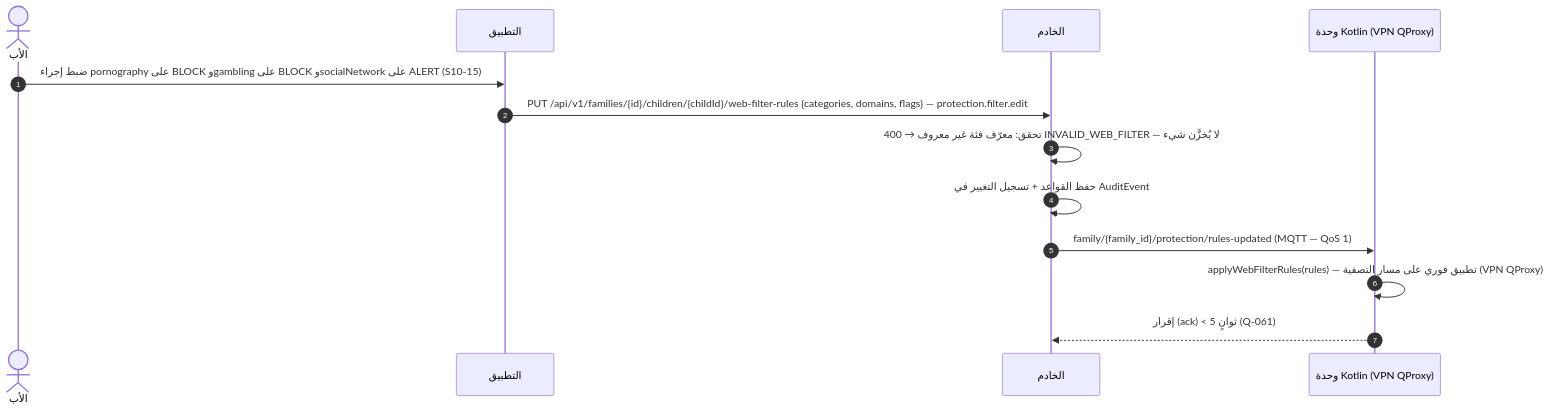
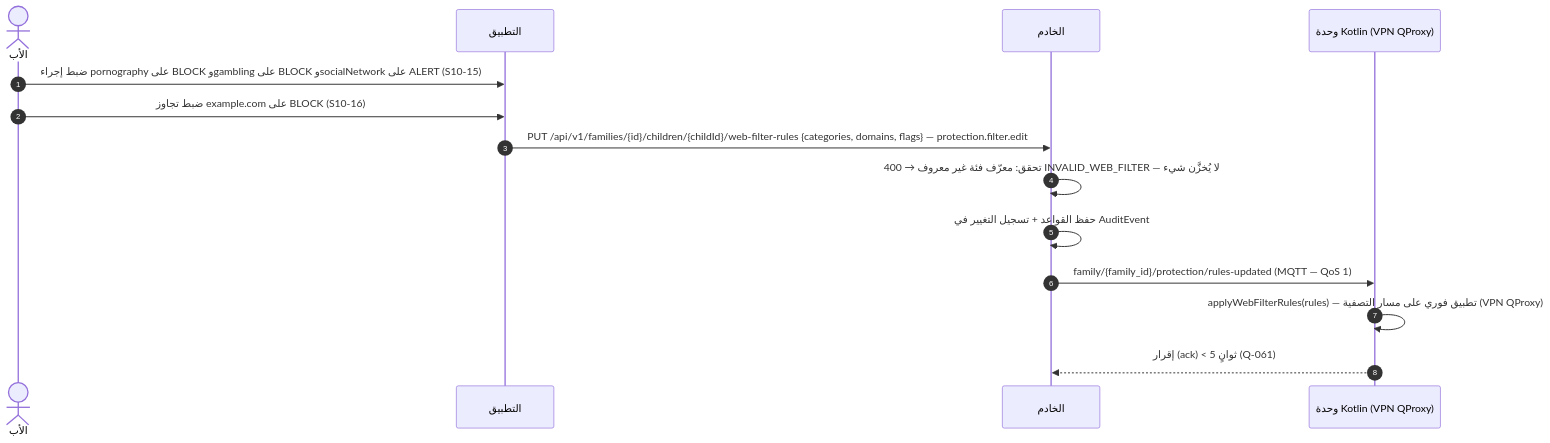
Diagram 12 of 15 in docs/family-os/governance/phases/phase-1/S1-10-protection-and-enforcement/DIAGRAMS.md (Bassam-mohammed-alqaeadi/family-os-v2), drawn with Mermaid before and after one commit. The commit also changed other lines of this file, not shown here.

Commit message:
S1-10 DIAGRAMS: إضافة معرّف الشاشة S10-16 بنمط S10-15 (Q343-01)

````diff
--- a/docs/family-os/governance/phases/phase-1/S1-10-protection-and-enforcement/DIAGRAMS.md
+++ b/docs/family-os/governance/phases/phase-1/S1-10-protection-and-enforcement/DIAGRAMS.md
@@ -498,15 +498,16 @@
 ```mermaid
 sequenceDiagram
     autonumber
     actor Father as الأب
     participant App as التطبيق
     participant Ktor as الخادم
     participant K as وحدة Kotlin (VPN QProxy)
     Father->>App: ضبط إجراء pornography على BLOCK وgambling على BLOCK وsocialNetwork على ALERT (S10-15)
+    Father->>App: ضبط تجاوز example.com على BLOCK (S10-16)
     App->>Ktor: PUT /api/v1/families/{id}/children/{childId}/web-filter-rules {categories, domains, flags} — protection.filter.edit
     Ktor->>Ktor: تحقق: معرّف فئة غير معروف → 400 INVALID_WEB_FILTER — لا يُخزَّن شيء
     Ktor->>Ktor: حفظ القواعد + تسجيل التغيير في AuditEvent
     Ktor->>K: family/{family_id}/protection/rules-updated (MQTT — QoS 1)
     K->>K: applyWebFilterRules(rules) — تطبيق فوري على مسار التصفية (VPN QProxy)
     K-->>Ktor: إقرار (ack) < 5 ثوانٍ (Q-061)
 ```
````
